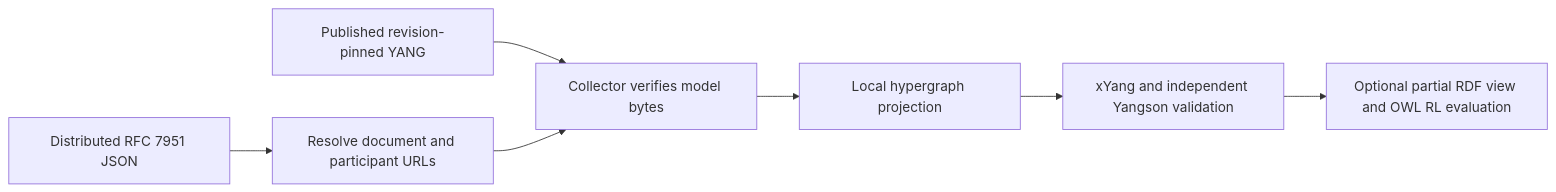
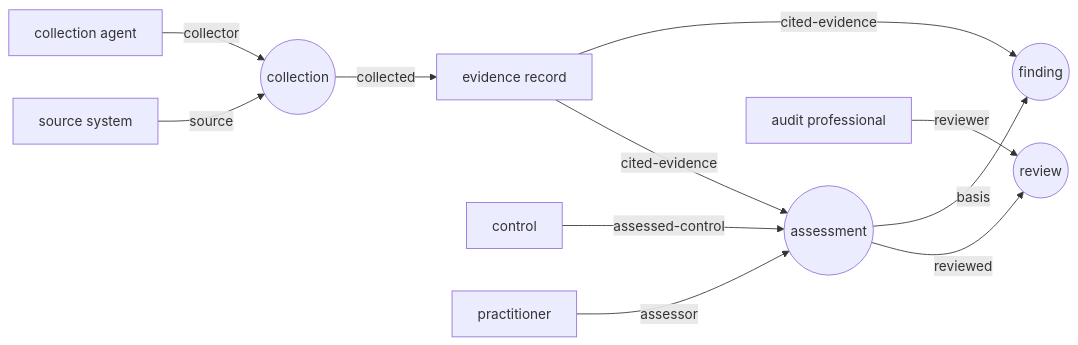
Before and after one commit to exergy-connect/xYang: the diagram in examples/ontology-hypergraph/README.md, drawn with Mermaid. The commit also changed other lines of this file and 35 other files, not shown here.

First line of the commit message:
Make the ontology hypergraph example an audit engagement.

````diff
--- a/examples/ontology-hypergraph/README.md
+++ b/examples/ontology-hypergraph/README.md
@@ -61,9 +30,13 @@
 ```mermaid
 flowchart LR
-    M[Published revision-pinned YANG] --> C[Collector verifies model bytes]
-    J[Distributed RFC 7951 JSON] --> U[Resolve document and participant URLs]
-    U --> C
-    C --> P[Local hypergraph projection]
-    P --> V[xYang and independent Yangson validation]
-    V --> S[Optional partial RDF view and OWL RL evaluation]
+    S[source system] -- source --> C((collection))
+    A1[collection agent] -- collector --> C
+    C -- collected --> E[evidence record]
+    E -- cited-evidence --> AS((assessment))
+    K[control] -- assessed-control --> AS
+    P[practitioner] -- assessor --> AS
+    AS -- reviewed --> R((review))
+    H[audit professional] -- reviewer --> R
+    AS -- basis --> F((finding))
+    E -- cited-evidence --> F
 ```
````
